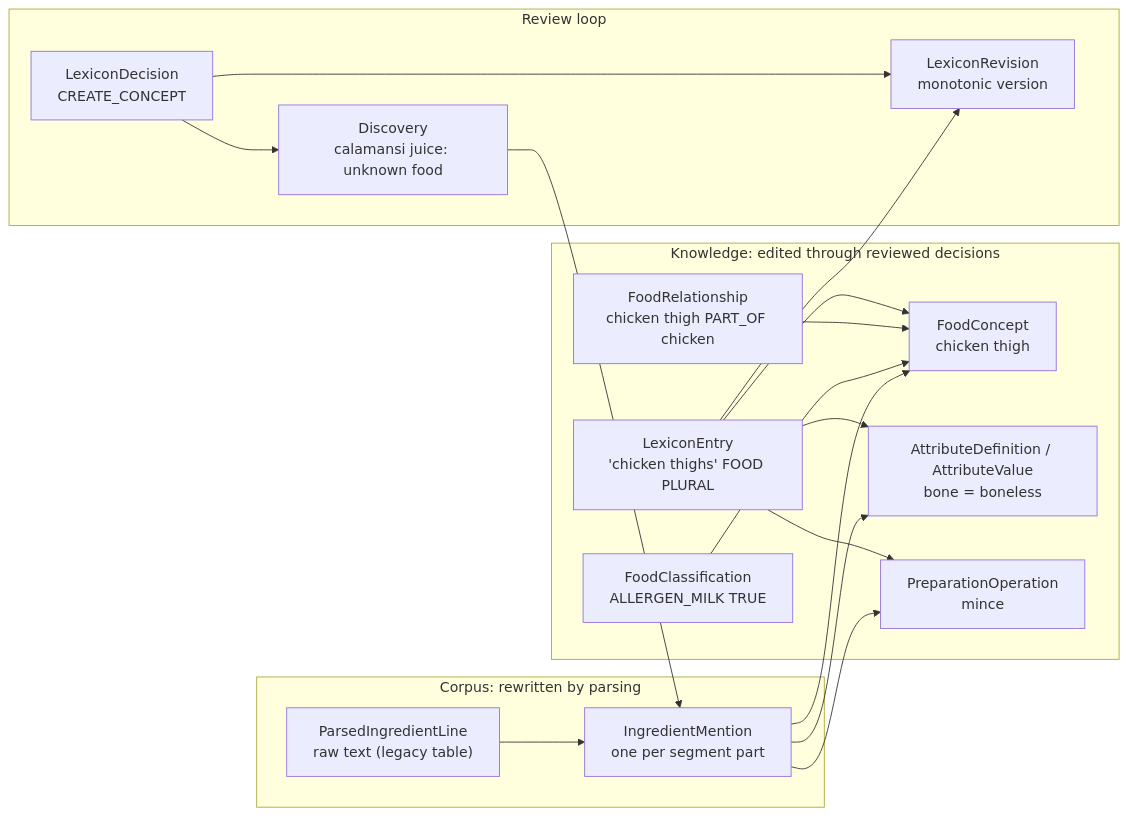
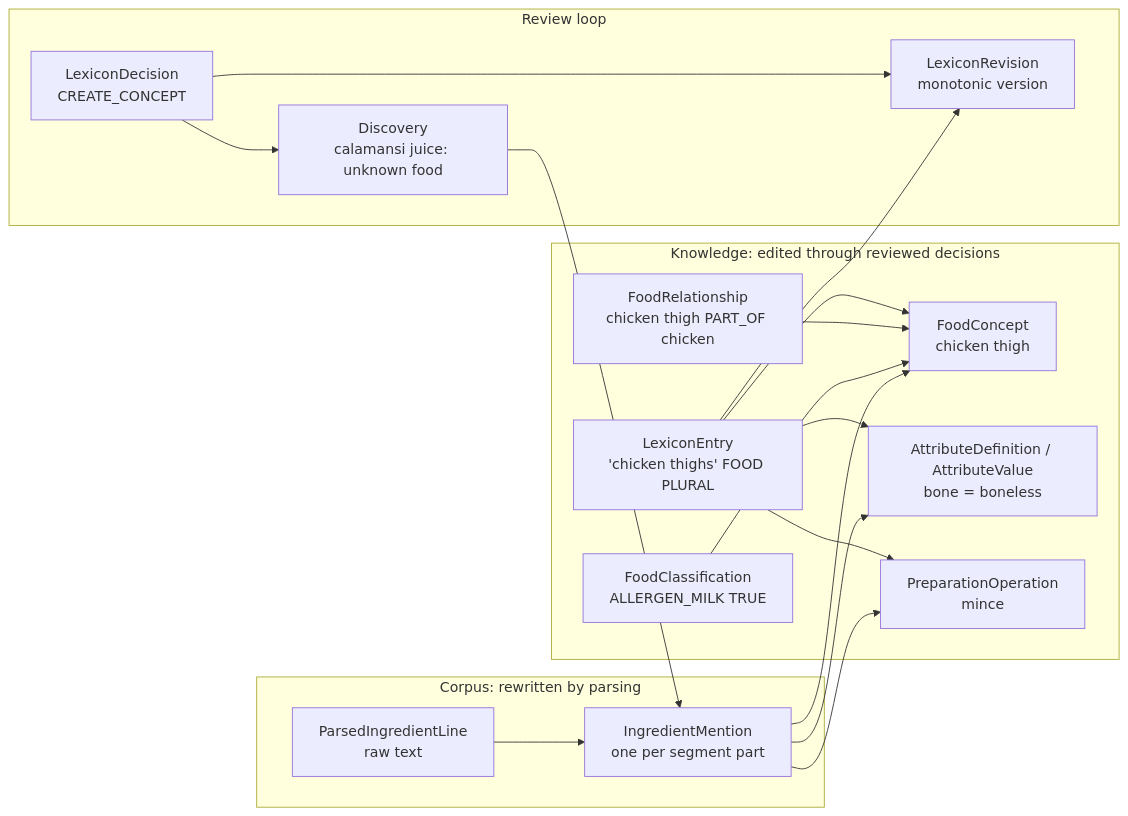
The first of 3 diagrams in docs/architecture/ingredient-ontology-rebuild.md (awehrman/peas), drawn with Mermaid before and after one commit. The commit also changed other lines of this file and 110 other files, not shown here.

````diff
--- a/docs/architecture/ingredient-ontology-rebuild.md
+++ b/docs/architecture/ingredient-ontology-rebuild.md
@@ -168,33 +188,33 @@
 ```mermaid
 flowchart LR
   subgraph knowledge [Knowledge: edited through reviewed decisions]
     concept["FoodConcept<br/>chicken thigh"]
     entry["LexiconEntry<br/>'chicken thighs' FOOD PLURAL"]
     attr["AttributeDefinition / AttributeValue<br/>bone = boneless"]
     prep["PreparationOperation<br/>mince"]
     rel["FoodRelationship<br/>chicken thigh PART_OF chicken"]
     cls["FoodClassification<br/>ALLERGEN_MILK TRUE"]
   end
   subgraph corpus [Corpus: rewritten by parsing]
-    line["ParsedIngredientLine<br/>raw text (legacy table)"]
+    line["ParsedIngredientLine<br/>raw text"]
     mention["IngredientMention<br/>one per segment part"]
   end
   subgraph review [Review loop]
     discovery["Discovery<br/>calamansi juice: unknown food"]
     decision["LexiconDecision<br/>CREATE_CONCEPT"]
     revision["LexiconRevision<br/>monotonic version"]
   end
   entry --> concept
   entry --> attr
   entry --> prep
   rel --> concept
   cls --> concept
   line --> mention
   mention --> concept
   mention --> attr
   mention --> prep
   discovery --> mention
   decision --> discovery
   decision --> revision
   entry --> revision
 ```
````
